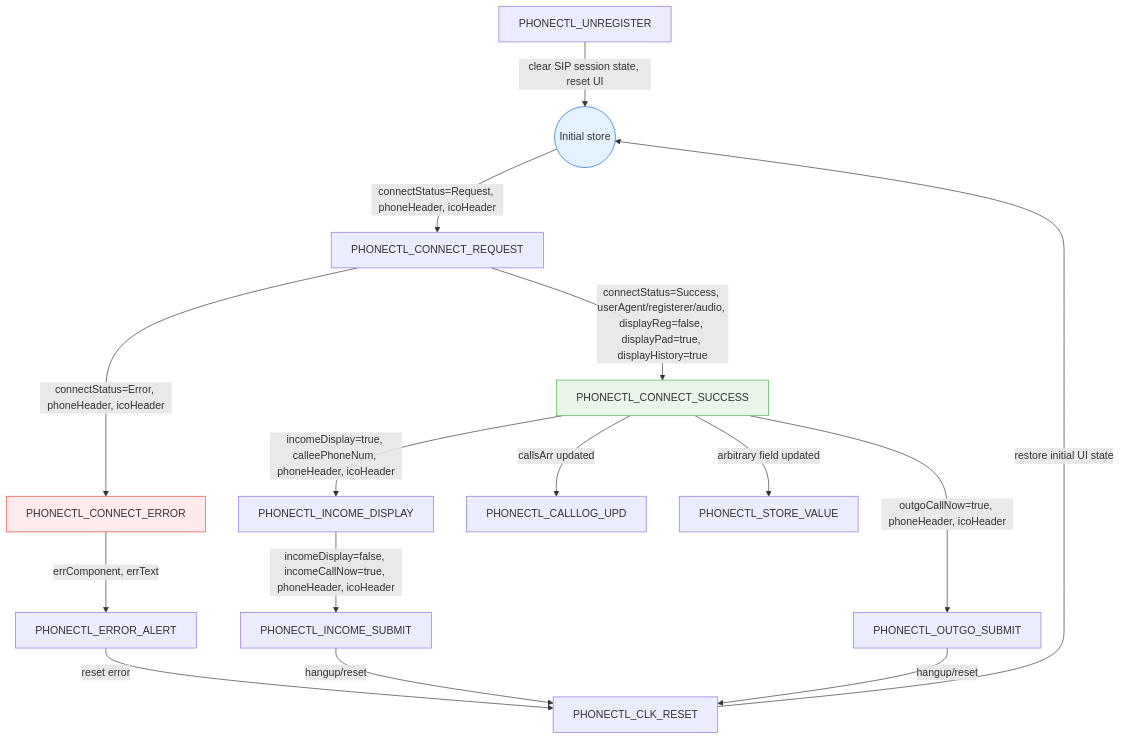
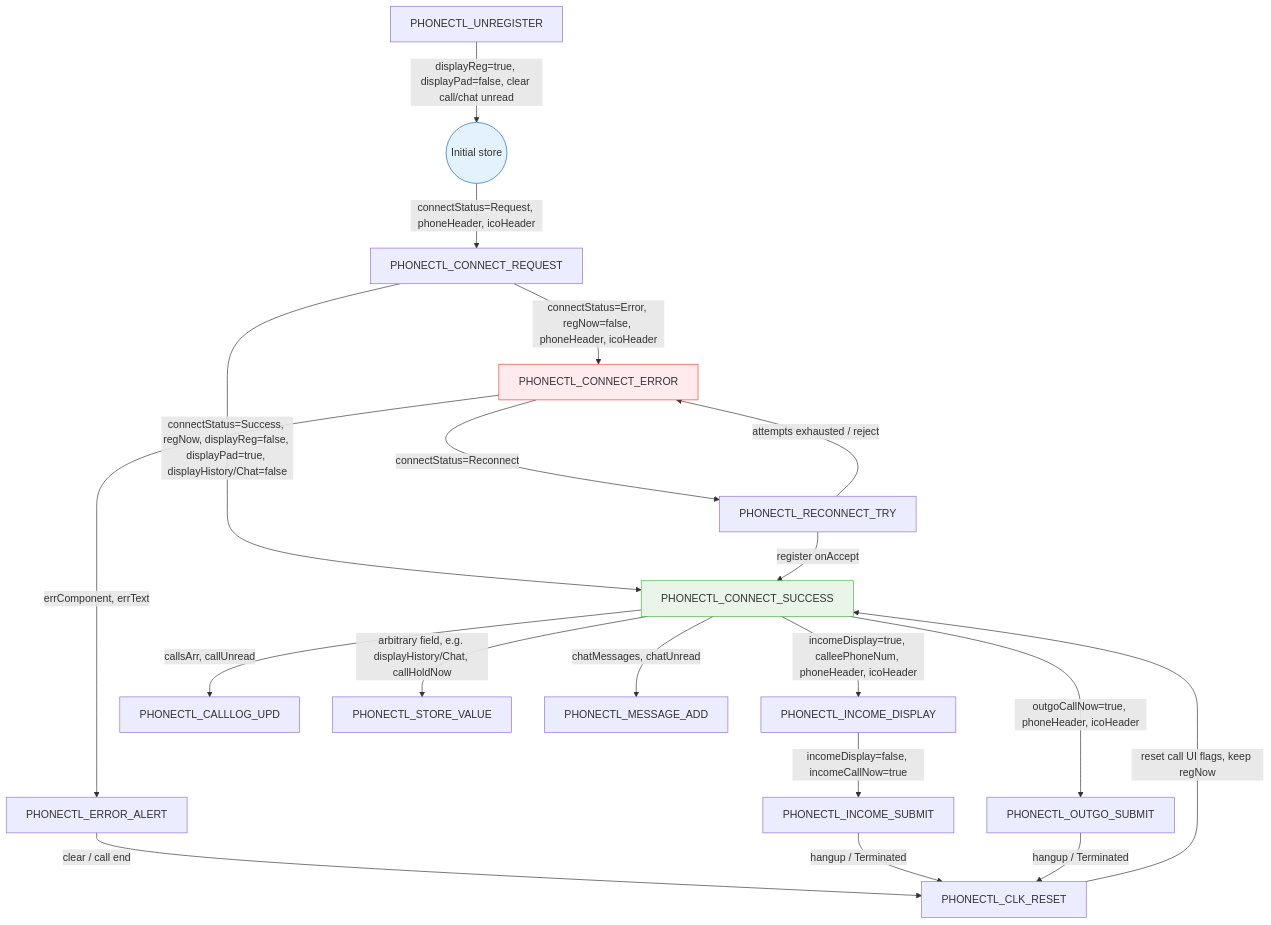
The second of 6 diagrams in phone/README.md (ars-anosov/sipjs-react), drawn with Mermaid before and after one commit. The commit also changed other lines of this file, not shown here.

````diff
--- a/phone/README.md
+++ b/phone/README.md
@@ -6,38 +27,44 @@
 ```mermaid
 flowchart TD
   Init@{ shape: circle, label: "Initial store" }
   CR[PHONECTL_CONNECT_REQUEST]
   CS[PHONECTL_CONNECT_SUCCESS]
   CE[PHONECTL_CONNECT_ERROR]
+  RC[PHONECTL_RECONNECT_TRY]
   UN[PHONECTL_UNREGISTER]
   RS[PHONECTL_CLK_RESET]
   ID[PHONECTL_INCOME_DISPLAY]
   IS[PHONECTL_INCOME_SUBMIT]
   OS[PHONECTL_OUTGO_SUBMIT]
   CL[PHONECTL_CALLLOG_UPD]
   SV[PHONECTL_STORE_VALUE]
   EA[PHONECTL_ERROR_ALERT]
+  MA[PHONECTL_MESSAGE_ADD]
 
   Init -->|connectStatus=Request, phoneHeader, icoHeader| CR
-  CR -->|connectStatus=Success, userAgent/registerer/audio, displayReg=false, displayPad=true, displayHistory=true| CS
-  CR -->|connectStatus=Error, phoneHeader, icoHeader| CE
+  CR -->|connectStatus=Success, regNow, displayReg=false, displayPad=true, displayHistory/Chat=false| CS
+  CR -->|connectStatus=Error, regNow=false, phoneHeader, icoHeader| CE
   CS -->|outgoCallNow=true, phoneHeader, icoHeader| OS
   CS -->|incomeDisplay=true, calleePhoneNum, phoneHeader, icoHeader| ID
-  ID -->|incomeDisplay=false, incomeCallNow=true, phoneHeader, icoHeader| IS
-  CS -->|callsArr updated| CL
-  CS -->|arbitrary field updated| SV
+  ID -->|incomeDisplay=false, incomeCallNow=true| IS
+  CS -->|callsArr, callUnread| CL
+  CS -->|arbitrary field, e.g. displayHistory/Chat, callHoldNow| SV
+  CS -->|chatMessages, chatUnread| MA
+  CE -->|connectStatus=Reconnect| RC
+  RC -->|register onAccept| CS
+  RC -->|attempts exhausted / reject| CE
   CE -->|errComponent, errText| EA
-  EA -->|reset error| RS
-  IS -->|hangup/reset| RS
-  OS -->|hangup/reset| RS
-  RS -->|restore initial UI state| Init
-  UN -->|clear SIP session state, reset UI| Init
+  EA -->|clear / call end| RS
+  IS -->|hangup / Terminated| RS
+  OS -->|hangup / Terminated| RS
+  RS -->|reset call UI flags, keep regNow| CS
+  UN -->|displayReg=true, displayPad=false, clear call/chat unread| Init
 
   classDef initial fill:#e3f2fd,stroke:#1565c0,stroke-width:1px
   classDef success fill:#e8f5e8,stroke:#4caf50,stroke-width:1px
   classDef error fill:#ffebee,stroke:#f44336,stroke-width:1px
-  
+
   class Init initial
   class CS success
   class CE error
 ```
````
